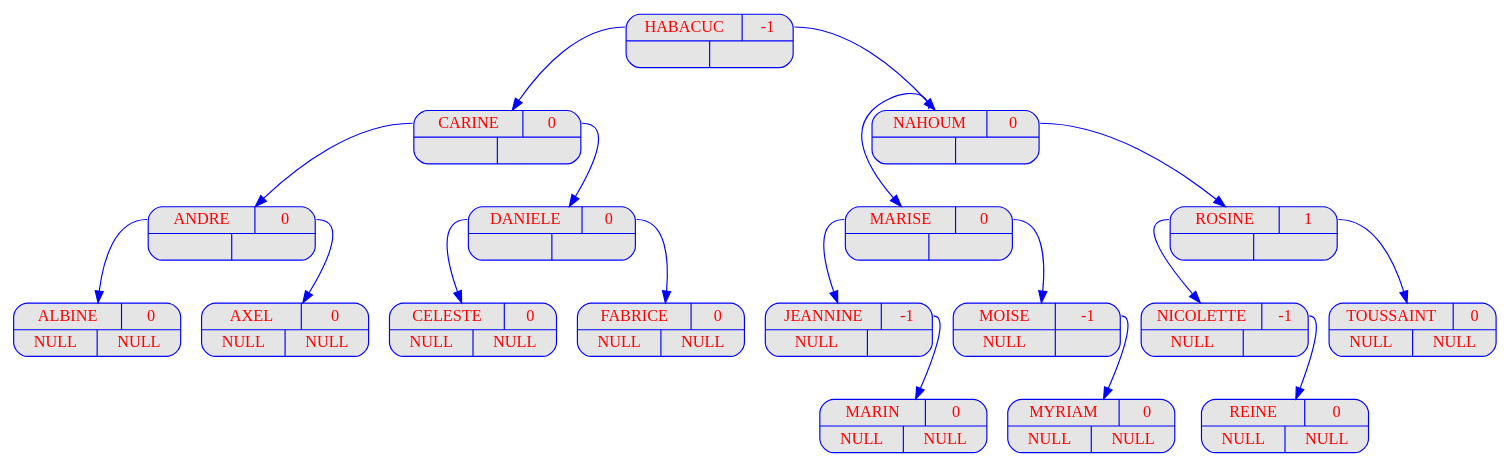
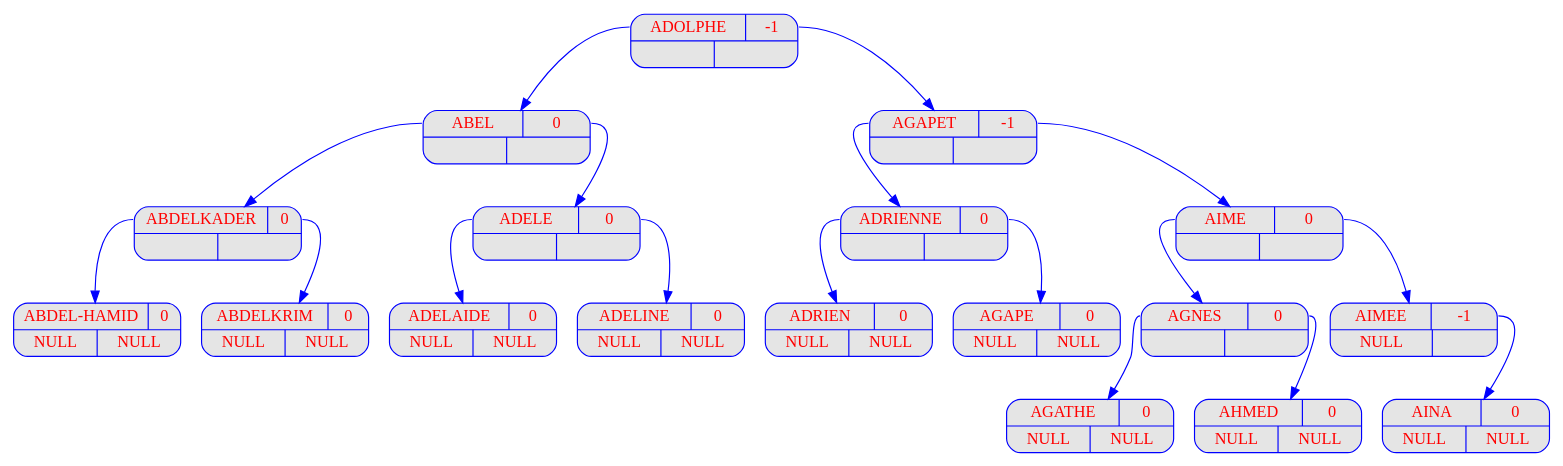
Before and after one commit to FilRougeAAP/Fil_Rouge: the diagram in output_Prog1/dot/displayAVL_v17.dot, drawn with Graphviz. The commit also changed 212 other files, not shown here.

```diff
--- a/output_Prog1/dot/displayAVL_v17.dot
+++ b/output_Prog1/dot/displayAVL_v17.dot
@@ -1,155 +1,62 @@
 digraph displayAVL {
 	node [
 		fontname  = "Arial bold" 
 		fontsize  = "14"
 		fontcolor = "red"
 		style     = "rounded, filled"
 		shape     = "record"
 		fillcolor = "grey90"
 		color     = "blue"
 		width     = "2"
 	]
 
 	edge [
 		color     = "blue"
 	]
 
-	HABACUC
- [label = "{{<g> HABACUC
- | <d> -1 } | { <g> | <d>}}"];
-	HABACUC
-:g -> CARINE
-;
-	CARINE
- [label = "{{<g> CARINE
- | <d> 0 } | { <g> | <d>}}"];
-	CARINE
-:g -> ANDRE
-;
-	ANDRE
- [label = "{{<g> ANDRE
- | <d> 0 } | { <g> | <d>}}"];
-	ANDRE
-:g -> ALBINE
-;
-	ALBINE
- [label = "{{<g> ALBINE
- | <d> 0 } | { <g> | <d>}}"];
-	ALBINE
- [label = "{{<g> ALBINE
- | <d> 0 }| { <g> NULL | <d> NULL}}"];
-	ANDRE
-:d -> AXEL
-;
-	AXEL
- [label = "{{<g> AXEL
- | <d> 0 } | { <g> | <d>}}"];
-	AXEL
- [label = "{{<g> AXEL
- | <d> 0 }| { <g> NULL | <d> NULL}}"];
-	CARINE
-:d -> DANIELE
-;
-	DANIELE
- [label = "{{<g> DANIELE
- | <d> 0 } | { <g> | <d>}}"];
-	DANIELE
-:g -> CELESTE
-;
-	CELESTE
- [label = "{{<g> CELESTE
- | <d> 0 } | { <g> | <d>}}"];
-	CELESTE
- [label = "{{<g> CELESTE
- | <d> 0 }| { <g> NULL | <d> NULL}}"];
-	DANIELE
-:d -> FABRICE
-;
-	FABRICE
- [label = "{{<g> FABRICE
- | <d> 0 } | { <g> | <d>}}"];
-	FABRICE
- [label = "{{<g> FABRICE
- | <d> 0 }| { <g> NULL | <d> NULL}}"];
-	HABACUC
-:d -> NAHOUM
-;
-	NAHOUM
- [label = "{{<g> NAHOUM
- | <d> 0 } | { <g> | <d>}}"];
-	NAHOUM
-:g -> MARISE
-;
-	MARISE
- [label = "{{<g> MARISE
- | <d> 0 } | { <g> | <d>}}"];
-	MARISE
-:g -> JEANNINE
-;
-	JEANNINE
- [label = "{{<g> JEANNINE
- | <d> -1 } | { <g> | <d>}}"];
-	JEANNINE
- [label = "{{<g> JEANNINE
- | <d> -1 }| { <g> NULL | <d> }}"];
-	JEANNINE
-:d -> MARIN
-;
-	MARIN
- [label = "{{<g> MARIN
- | <d> 0 } | { <g> | <d>}}"];
-	MARIN
- [label = "{{<g> MARIN
- | <d> 0 }| { <g> NULL | <d> NULL}}"];
-	MARISE
-:d -> MOISE
-;
-	MOISE
- [label = "{{<g> MOISE
- | <d> -1 } | { <g> | <d>}}"];
-	MOISE
- [label = "{{<g> MOISE
- | <d> -1 }| { <g> NULL | <d> }}"];
-	MOISE
-:d -> MYRIAM
-;
-	MYRIAM
- [label = "{{<g> MYRIAM
- | <d> 0 } | { <g> | <d>}}"];
-	MYRIAM
- [label = "{{<g> MYRIAM
- | <d> 0 }| { <g> NULL | <d> NULL}}"];
-	NAHOUM
-:d -> ROSINE
-;
-	ROSINE
- [label = "{{<g> ROSINE
- | <d> 1 } | { <g> | <d>}}"];
-	ROSINE
-:g -> NICOLETTE
-;
-	NICOLETTE
- [label = "{{<g> NICOLETTE
- | <d> -1 } | { <g> | <d>}}"];
-	NICOLETTE
- [label = "{{<g> NICOLETTE
- | <d> -1 }| { <g> NULL | <d> }}"];
-	NICOLETTE
-:d -> REINE
-;
-	REINE
- [label = "{{<g> REINE
- | <d> 0 } | { <g> | <d>}}"];
-	REINE
- [label = "{{<g> REINE
- | <d> 0 }| { <g> NULL | <d> NULL}}"];
-	ROSINE
-:d -> TOUSSAINT
-;
-	TOUSSAINT
- [label = "{{<g> TOUSSAINT
- | <d> 0 } | { <g> | <d>}}"];
-	TOUSSAINT
- [label = "{{<g> TOUSSAINT
- | <d> 0 }| { <g> NULL | <d> NULL}}"];
+	"ADOLPHE" [label = "{{<g> ADOLPHE | <d> -1 } | { <g> | <d>}}"];
+	"ADOLPHE":g -> "ABEL";
+	"ABEL" [label = "{{<g> ABEL | <d> 0 } | { <g> | <d>}}"];
+	"ABEL":g -> "ABDELKADER";
+	"ABDELKADER" [label = "{{<g> ABDELKADER | <d> 0 } | { <g> | <d>}}"];
+	"ABDELKADER":g -> "ABDEL-HAMID";
+	"ABDEL-HAMID" [label = "{{<g> ABDEL-HAMID | <d> 0 } | { <g> | <d>}}"];
+	"ABDEL-HAMID" [label = "{{<g> ABDEL-HAMID | <d> 0 }| { <g> NULL | <d> NULL}}"];
+	"ABDELKADER":d -> "ABDELKRIM";
+	"ABDELKRIM" [label = "{{<g> ABDELKRIM | <d> 0 } | { <g> | <d>}}"];
+	"ABDELKRIM" [label = "{{<g> ABDELKRIM | <d> 0 }| { <g> NULL | <d> NULL}}"];
+	"ABEL":d -> "ADELE";
+	"ADELE" [label = "{{<g> ADELE | <d> 0 } | { <g> | <d>}}"];
+	"ADELE":g -> "ADELAIDE";
+	"ADELAIDE" [label = "{{<g> ADELAIDE | <d> 0 } | { <g> | <d>}}"];
+	"ADELAIDE" [label = "{{<g> ADELAIDE | <d> 0 }| { <g> NULL | <d> NULL}}"];
+	"ADELE":d -> "ADELINE";
+	"ADELINE" [label = "{{<g> ADELINE | <d> 0 } | { <g> | <d>}}"];
+	"ADELINE" [label = "{{<g> ADELINE | <d> 0 }| { <g> NULL | <d> NULL}}"];
+	"ADOLPHE":d -> "AGAPET";
+	"AGAPET" [label = "{{<g> AGAPET | <d> -1 } | { <g> | <d>}}"];
+	"AGAPET":g -> "ADRIENNE";
+	"ADRIENNE" [label = "{{<g> ADRIENNE | <d> 0 } | { <g> | <d>}}"];
+	"ADRIENNE":g -> "ADRIEN";
+	"ADRIEN" [label = "{{<g> ADRIEN | <d> 0 } | { <g> | <d>}}"];
+	"ADRIEN" [label = "{{<g> ADRIEN | <d> 0 }| { <g> NULL | <d> NULL}}"];
+	"ADRIENNE":d -> "AGAPE";
+	"AGAPE" [label = "{{<g> AGAPE | <d> 0 } | { <g> | <d>}}"];
+	"AGAPE" [label = "{{<g> AGAPE | <d> 0 }| { <g> NULL | <d> NULL}}"];
+	"AGAPET":d -> "AIME";
+	"AIME" [label = "{{<g> AIME | <d> 0 } | { <g> | <d>}}"];
+	"AIME":g -> "AGNES";
+	"AGNES" [label = "{{<g> AGNES | <d> 0 } | { <g> | <d>}}"];
+	"AGNES":g -> "AGATHE";
+	"AGATHE" [label = "{{<g> AGATHE | <d> 0 } | { <g> | <d>}}"];
+	"AGATHE" [label = "{{<g> AGATHE | <d> 0 }| { <g> NULL | <d> NULL}}"];
+	"AGNES":d -> "AHMED";
+	"AHMED" [label = "{{<g> AHMED | <d> 0 } | { <g> | <d>}}"];
+	"AHMED" [label = "{{<g> AHMED | <d> 0 }| { <g> NULL | <d> NULL}}"];
+	"AIME":d -> "AIMEE";
+	"AIMEE" [label = "{{<g> AIMEE | <d> -1 } | { <g> | <d>}}"];
+	"AIMEE" [label = "{{<g> AIMEE | <d> -1 }| { <g> NULL | <d> }}"];
+	"AIMEE":d -> "AINA";
+	"AINA" [label = "{{<g> AINA | <d> 0 } | { <g> | <d>}}"];
+	"AINA" [label = "{{<g> AINA | <d> 0 }| { <g> NULL | <d> NULL}}"];
 }
```
